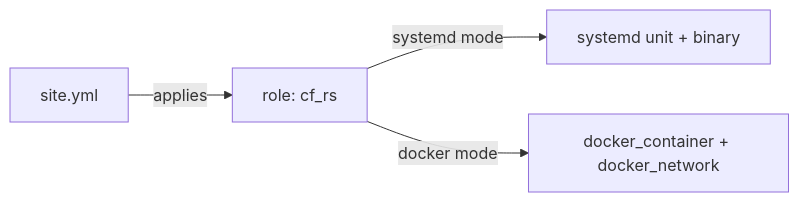
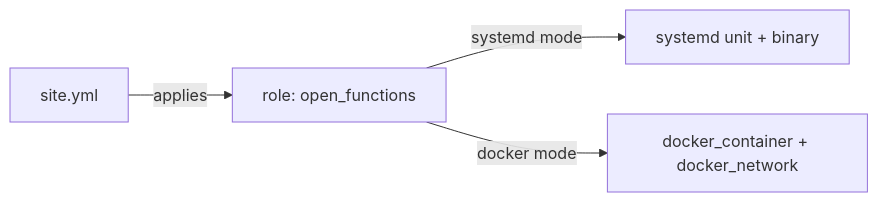
One commit to siosig/open-functions changed the diagram in ansible/README.md. Above: the diagram before and after it, drawn with Mermaid. The commit also changed other lines of this file and 201 other files, not shown here.

First line of the commit message:
refactor: rename project from cf-rs to open-functions

````diff
--- a/ansible/README.md
+++ b/ansible/README.md
@@ -22,6 +22,6 @@
 ```mermaid
 flowchart LR
-    A[site.yml] -->|applies| B[role: cf_rs]
+    A[site.yml] -->|applies| B[role: open_functions]
     B -->|systemd mode| C[systemd unit + binary]
     B -->|docker mode| D[docker_container + docker_network]
 ```
````
